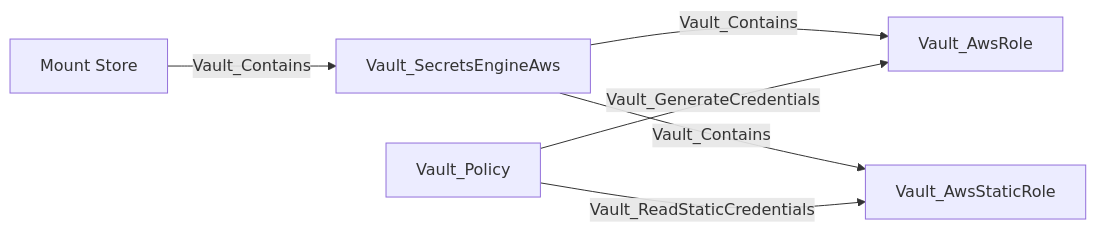
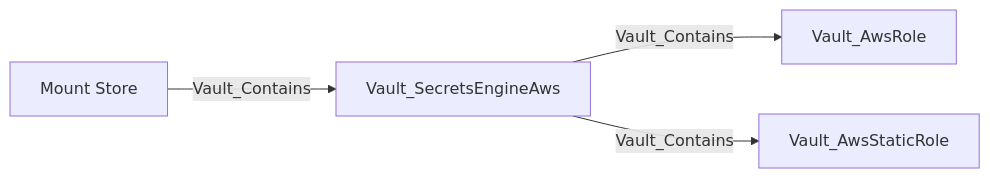
The second of 29 diagrams in Documentation/stores/MOUNTS.md (bytewreck/opengraph-vault), drawn with Mermaid before and after one commit. The commit also changed other lines of this file and 3 other files, not shown here.

````diff
--- a/Documentation/stores/MOUNTS.md
+++ b/Documentation/stores/MOUNTS.md
@@ -59,8 +58,6 @@
 ```mermaid
 flowchart LR
     store[Mount Store] -->|Vault_Contains| mount[Vault_SecretsEngineAws]
     mount -->|Vault_Contains| dynamic[Vault_AwsRole]
     mount -->|Vault_Contains| static[Vault_AwsStaticRole]
-    policy[Vault_Policy] -->|Vault_GenerateCredentials| dynamic
-    policy -->|Vault_ReadStaticCredentials| static
 ```
````
